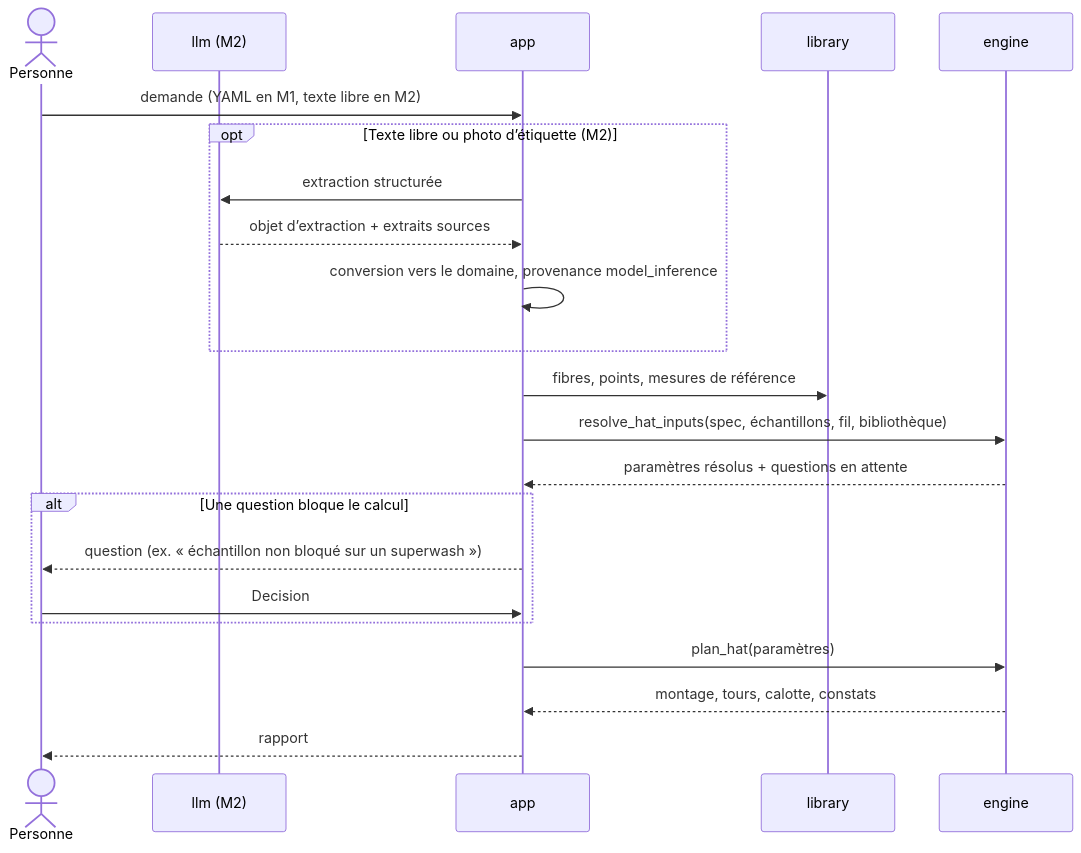
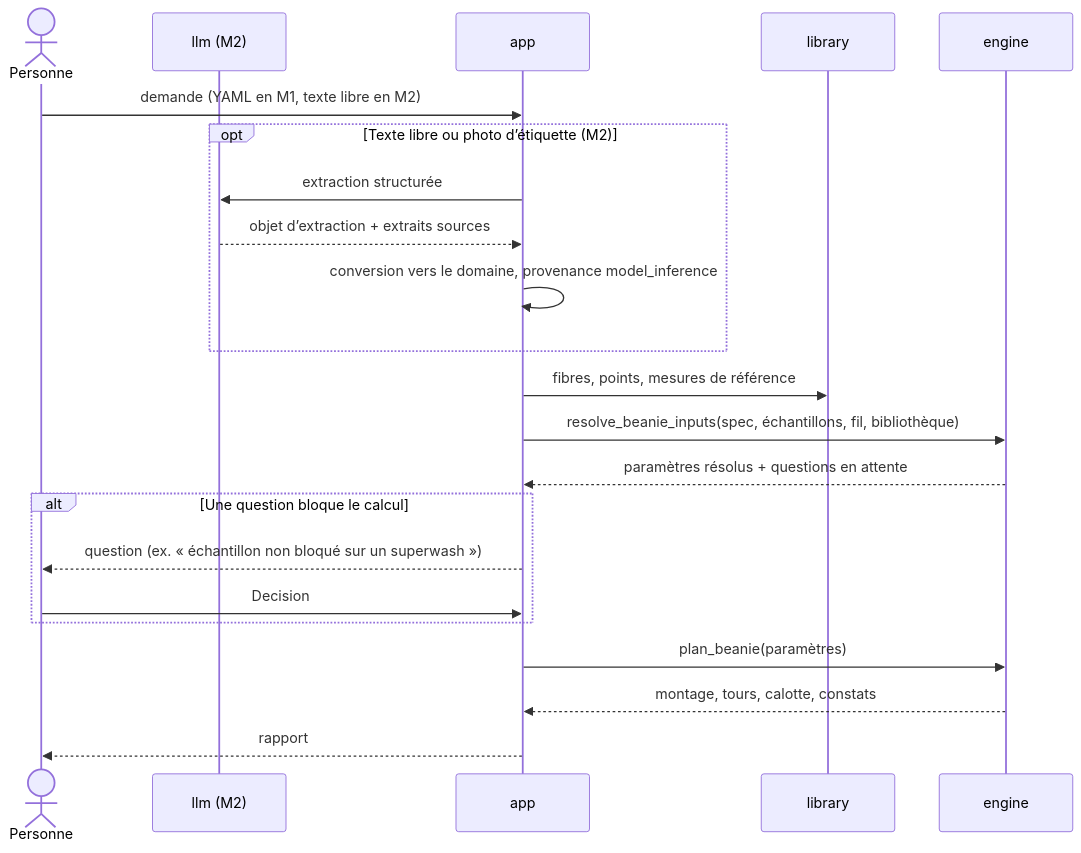
One commit to Isalafont/knitproof changed the third of 4 diagrams in docs/architecture.md. Above: the diagram before and after it, drawn with Mermaid. The commit also changed other lines of this file and 2 other files, not shown here.

Commit message:
Renomme les noms Hat de la doc en Beanie

````diff
--- a/docs/architecture.md
+++ b/docs/architecture.md
@@ -94,24 +94,24 @@
 ```mermaid
 sequenceDiagram
     actor P as Personne
     participant LLM as llm (M2)
     participant APP as app
     participant LIB as library
     participant ENG as engine
     P->>APP: demande (YAML en M1, texte libre en M2)
     opt Texte libre ou photo d’étiquette (M2)
         APP->>LLM: extraction structurée
         LLM-->>APP: objet d’extraction + extraits sources
         APP->>APP: conversion vers le domaine, provenance model_inference
     end
     APP->>LIB: fibres, points, mesures de référence
-    APP->>ENG: resolve_hat_inputs(spec, échantillons, fil, bibliothèque)
+    APP->>ENG: resolve_beanie_inputs(spec, échantillons, fil, bibliothèque)
     ENG-->>APP: paramètres résolus + questions en attente
     alt Une question bloque le calcul
         APP-->>P: question (ex. « échantillon non bloqué sur un superwash »)
         P->>APP: Decision
     end
-    APP->>ENG: plan_hat(paramètres)
+    APP->>ENG: plan_beanie(paramètres)
     ENG-->>APP: montage, tours, calotte, constats
     APP-->>P: rapport
 ```
````
